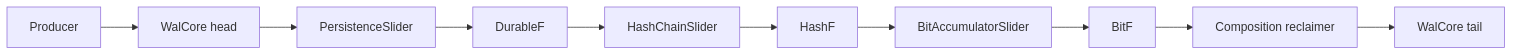
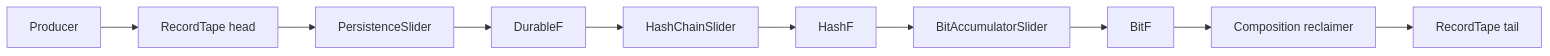
The first of 3 diagrams in exchange/snapshot_demo/doc/README.md (UglyPusher/ll_exp), drawn with Mermaid before and after one commit. The commit also changed other lines of this file and 26 other files, not shown here.

Commit message:
Rename runtime data string to RecordTape

````diff
--- a/exchange/snapshot_demo/doc/README.md
+++ b/exchange/snapshot_demo/doc/README.md
@@ -27,12 +27,12 @@
 ```mermaid
 flowchart LR
-    P[Producer] --> H[WalCore head]
+    P[Producer] --> H[RecordTape head]
     H --> PS[PersistenceSlider]
     PS --> DF[DurableF]
     DF --> HS[HashChainSlider]
     HS --> HF[HashF]
     HF --> BS[BitAccumulatorSlider]
     BS --> BF[BitF]
     BF --> R[Composition reclaimer]
-    R --> T[WalCore tail]
+    R --> T[RecordTape tail]
 ```
````
